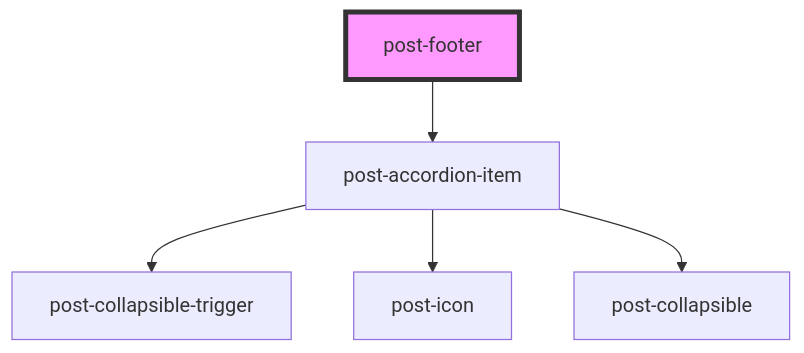
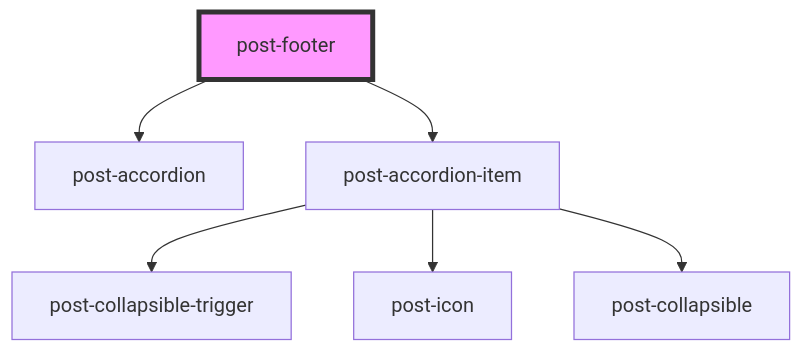
The diagram in packages/components/src/components/post-footer/readme.md (swisspost/design-system), drawn with Mermaid before and after one commit. The commit also changed other lines of this file and 4 other files, not shown here.

Commit message:
chore(components): added e2e test for the `post-footer` component

````diff
--- a/packages/components/src/components/post-footer/readme.md
+++ b/packages/components/src/components/post-footer/readme.md
@@ -35,8 +36,9 @@
 ```mermaid
 graph TD;
+  post-footer --> post-accordion
   post-footer --> post-accordion-item
   post-accordion-item --> post-collapsible-trigger
   post-accordion-item --> post-icon
   post-accordion-item --> post-collapsible
   style post-footer fill:#f9f,stroke:#333,stroke-width:4px
 ```
````
